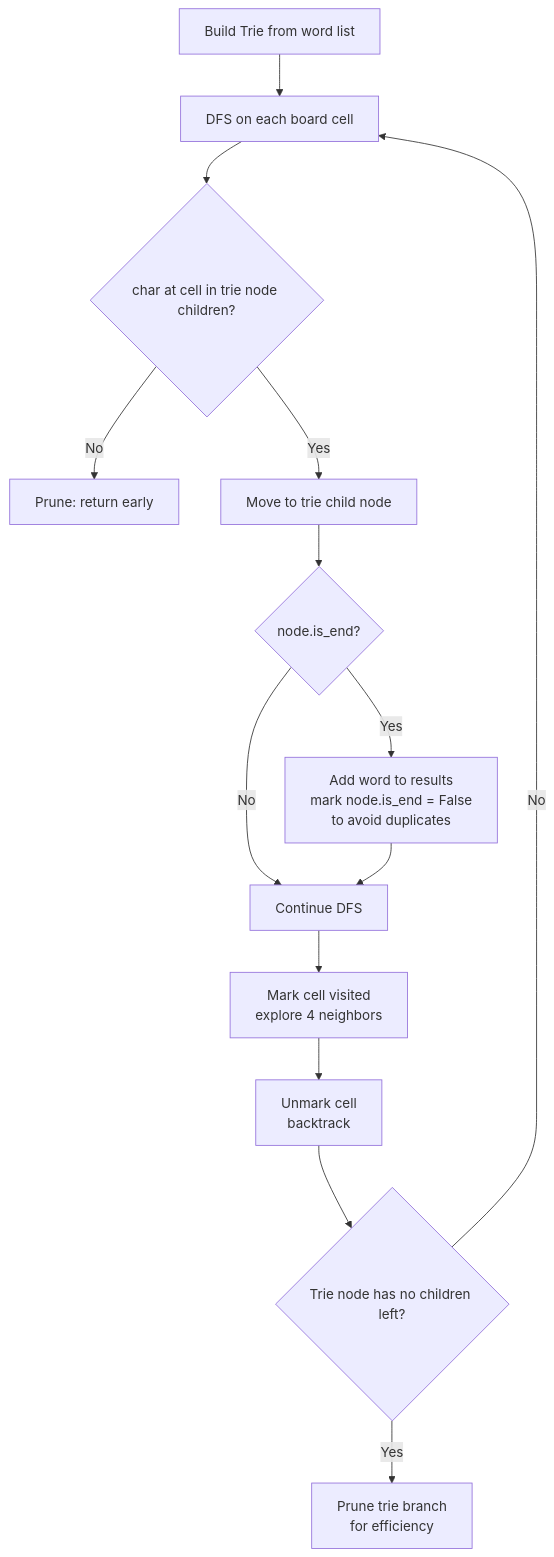
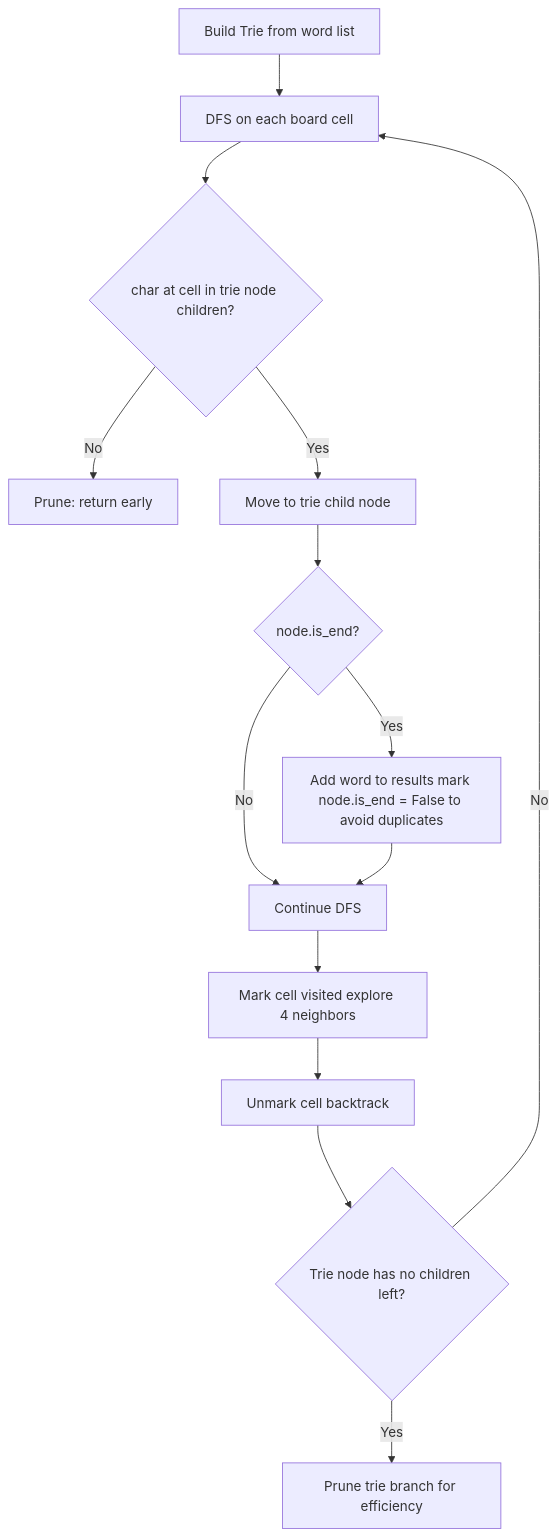
The fifth of 7 diagrams in tries/README.md (deepanshu-rawat6/AlgoAtlas), drawn with Mermaid before and after one commit. The commit also changed other lines of this file and 13 other files, not shown here.

````diff
--- a/tries/README.md
+++ b/tries/README.md
@@ -83,16 +83,16 @@
 ```mermaid
 flowchart TD
     A[Build Trie from word list] --> B[DFS on each board cell]
     B --> C{"char at cell in trie node children?"}
     C -- No --> D[Prune: return early]
     C -- Yes --> E[Move to trie child node]
     E --> F{"node.is_end?"}
-    F -- Yes --> G[Add word to results<br>mark node.is_end = False<br>to avoid duplicates]
+    F -- Yes --> G[Add word to results mark node.is_end = False to avoid duplicates]
     F -- No --> H[Continue DFS]
     G --> H
-    H --> I[Mark cell visited<br>explore 4 neighbors]
-    I --> J[Unmark cell<br>backtrack]
+    H --> I[Mark cell visited explore 4 neighbors]
+    I --> J[Unmark cell backtrack]
     J --> K{"Trie node has no children left?"}
-    K -- Yes --> L[Prune trie branch<br>for efficiency]
+    K -- Yes --> L[Prune trie branch for efficiency]
     K -- No --> B
 ```
````
